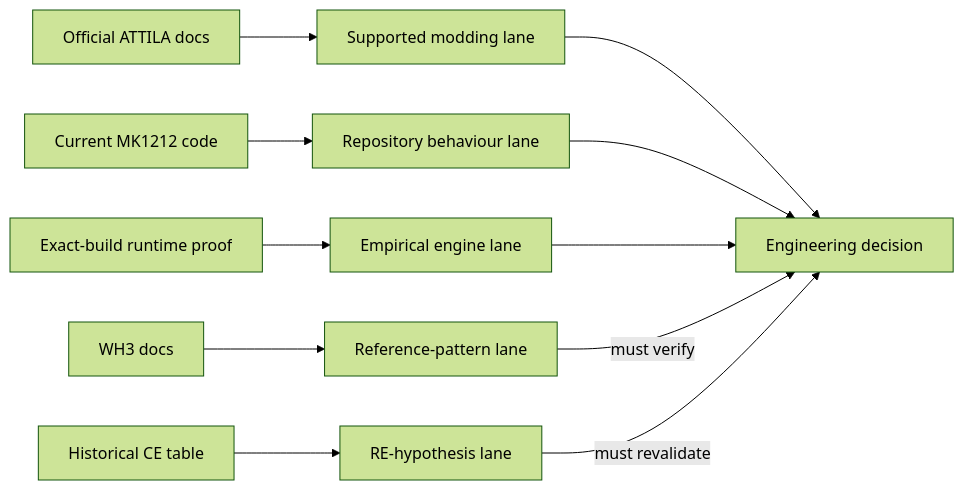
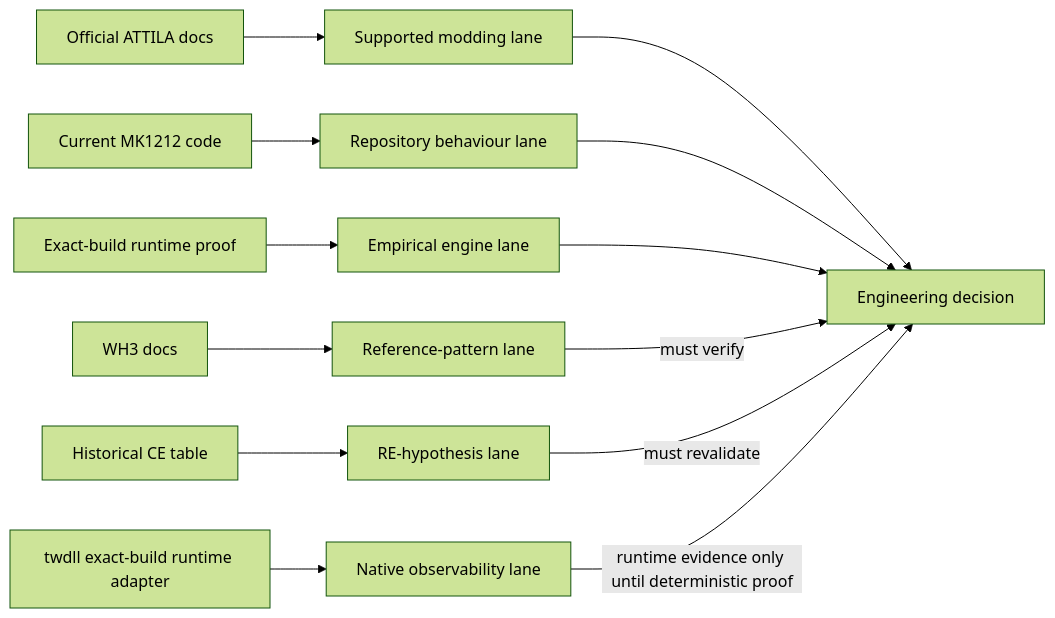
Before and after one commit to karnalooch/MK1212Scripts: the diagram in docs/research/README.md, drawn with Mermaid (forest theme). The commit also changed other lines of this file, not shown here.

Commit message:
docs(research): add twdll native observability lane

````diff
--- a/docs/research/README.md
+++ b/docs/research/README.md
@@ -58,14 +58,16 @@
 ```mermaid
 flowchart LR
     A[Official ATTILA docs] --> D[Supported modding lane]
     B[Current MK1212 code] --> E[Repository behaviour lane]
     C[Exact-build runtime proof] --> F[Empirical engine lane]
     W[WH3 docs] --> G[Reference-pattern lane]
     R[Historical CE table] --> H[RE-hypothesis lane]
+    T[twdll exact-build runtime adapter] --> I[Native observability lane]
 
     D --> X[Engineering decision]
     E --> X
     F --> X
     G -->|must verify| X
     H -->|must revalidate| X
+    I -->|runtime evidence only until deterministic proof| X
 ```
````
